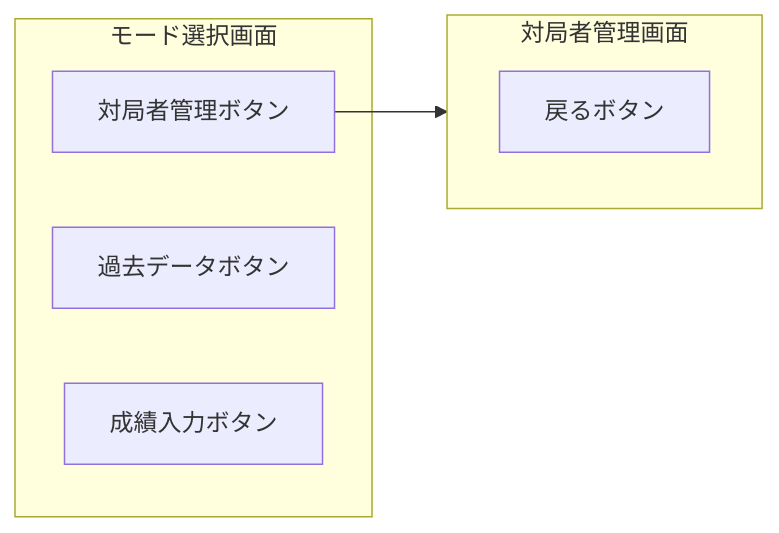
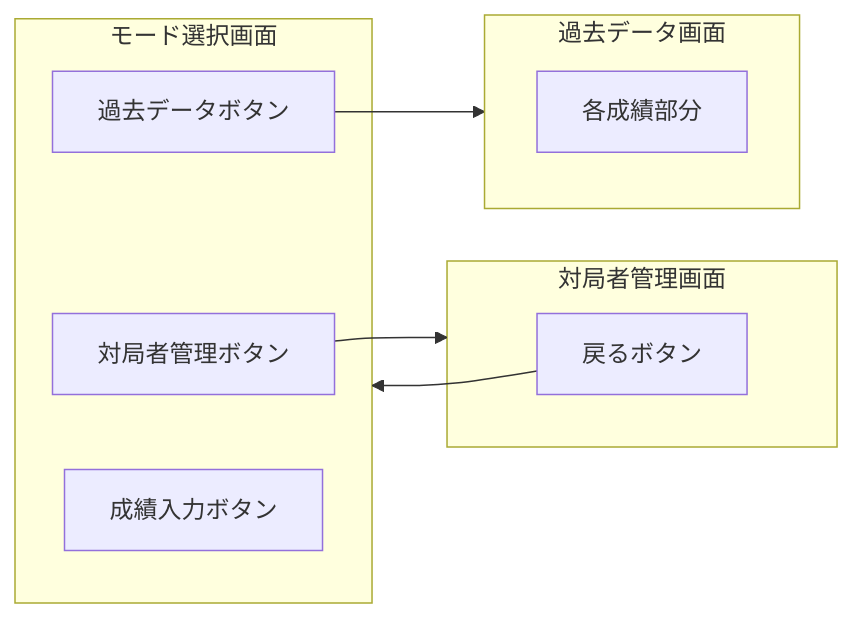
Before and after one commit to kongou71905/fs-test-app: the eighth of 8 diagrams in docs/05_Screen-Flowchart.md, drawn with Mermaid.

````diff
--- a/docs/05_Screen-Flowchart.md
+++ b/docs/05_Screen-Flowchart.md
@@ -53,14 +53,21 @@
 ```mermaid
 flowchart LR
 	subgraph 01-top[モード選択画面]
         A[対局者管理ボタン]
         B[過去データボタン]
         C[成績入力ボタン]
     end
 	
 	subgraph 02-kanri[対局者管理画面]
         D[戻るボタン]
     end
     
+    subgraph 03-Data[過去データ画面]
+        E[各成績部分]
+        D[戻るボタン]
+    end
+    
     A --> 02-kanri
+    B --> 03-Data
+    D --> 01-top
 ```
````
